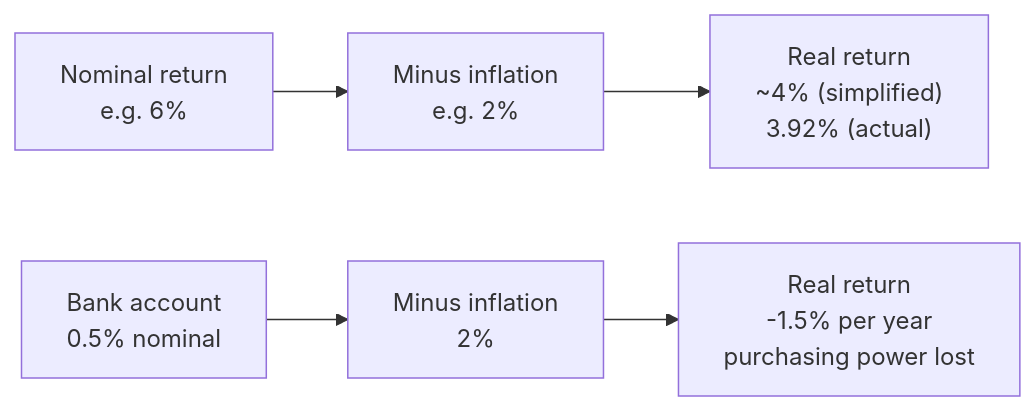
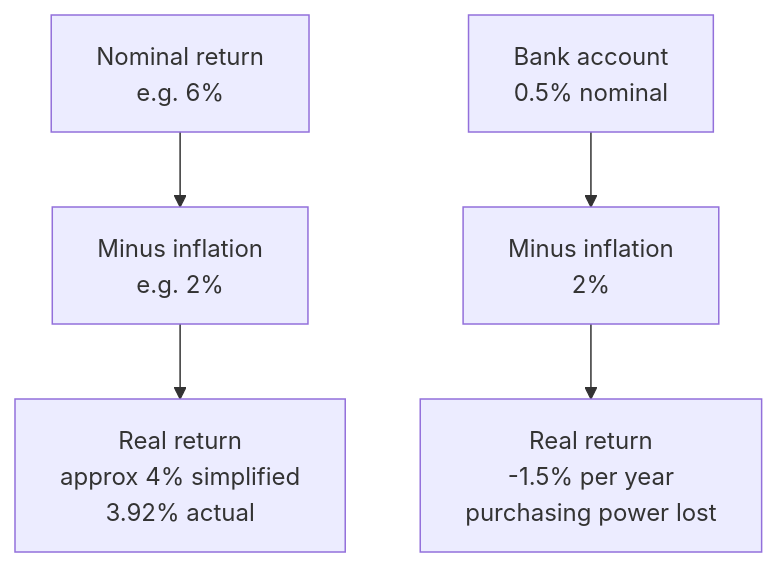
Before and after one commit to leotansingapore/aia-product-compass-hub: the second of 2 diagrams in docs/first-60-days/week-6/day-35.md, drawn with Mermaid. The commit also changed other lines of this file and 56 other files, not shown here.

Commit message:
Readability pass across first-60-days: styled HTML to tables/diagrams, cleaner formatting, no leaked metadata

````diff
--- a/docs/first-60-days/week-6/day-35.md
+++ b/docs/first-60-days/week-6/day-35.md
@@ -81,7 +90,7 @@
 ```mermaid
-flowchart LR
+flowchart TD
     A["Nominal return<br/>e.g. 6%"] --> B["Minus inflation<br/>e.g. 2%"]
-    B --> C["Real return<br/>~4% (simplified)<br/>3.92% (actual)"]
+    B --> C["Real return<br/>approx 4% simplified<br/>3.92% actual"]
     D["Bank account<br/>0.5% nominal"] --> E["Minus inflation<br/>2%"]
     E --> F["Real return<br/>-1.5% per year<br/>purchasing power lost"]
 ```
````
